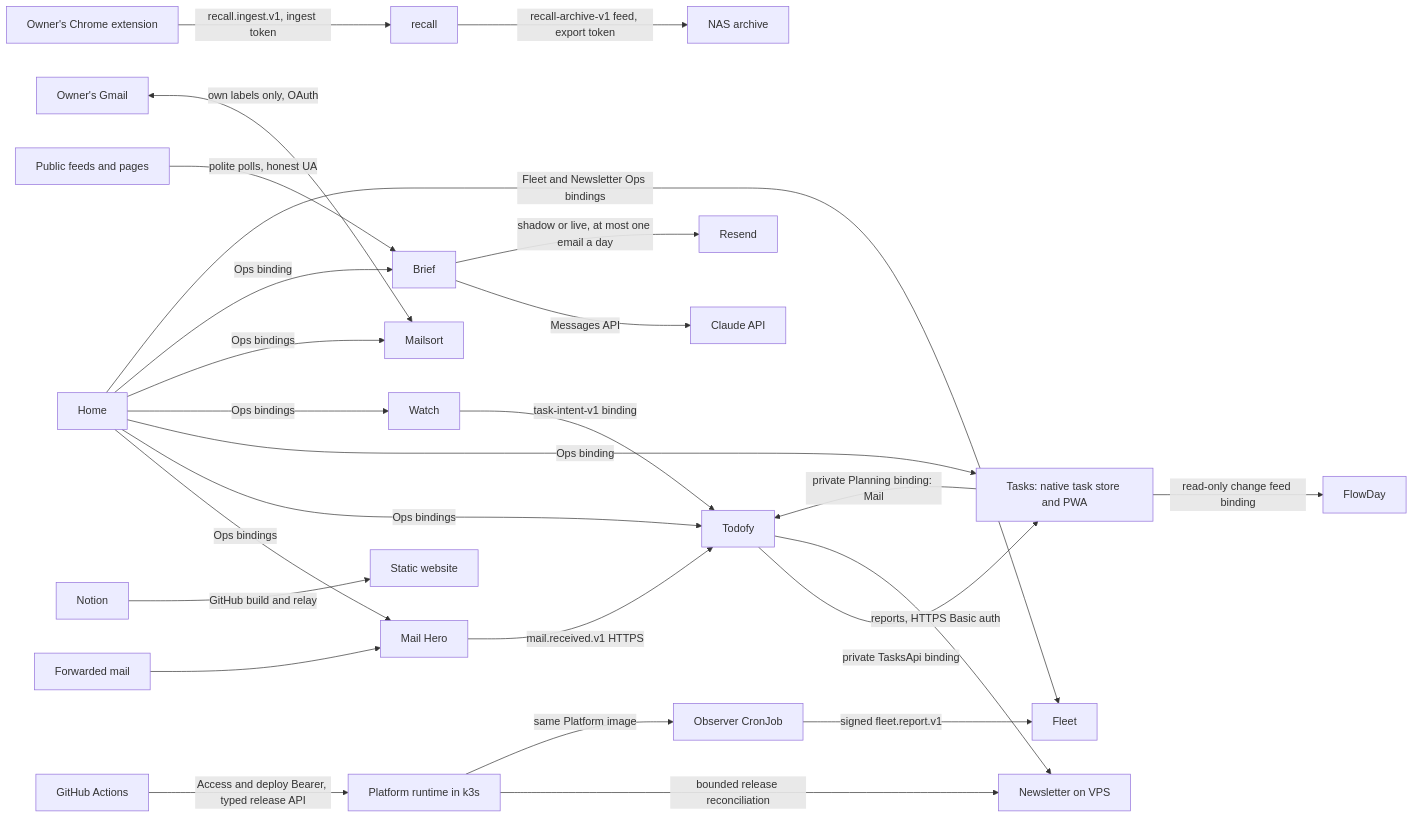
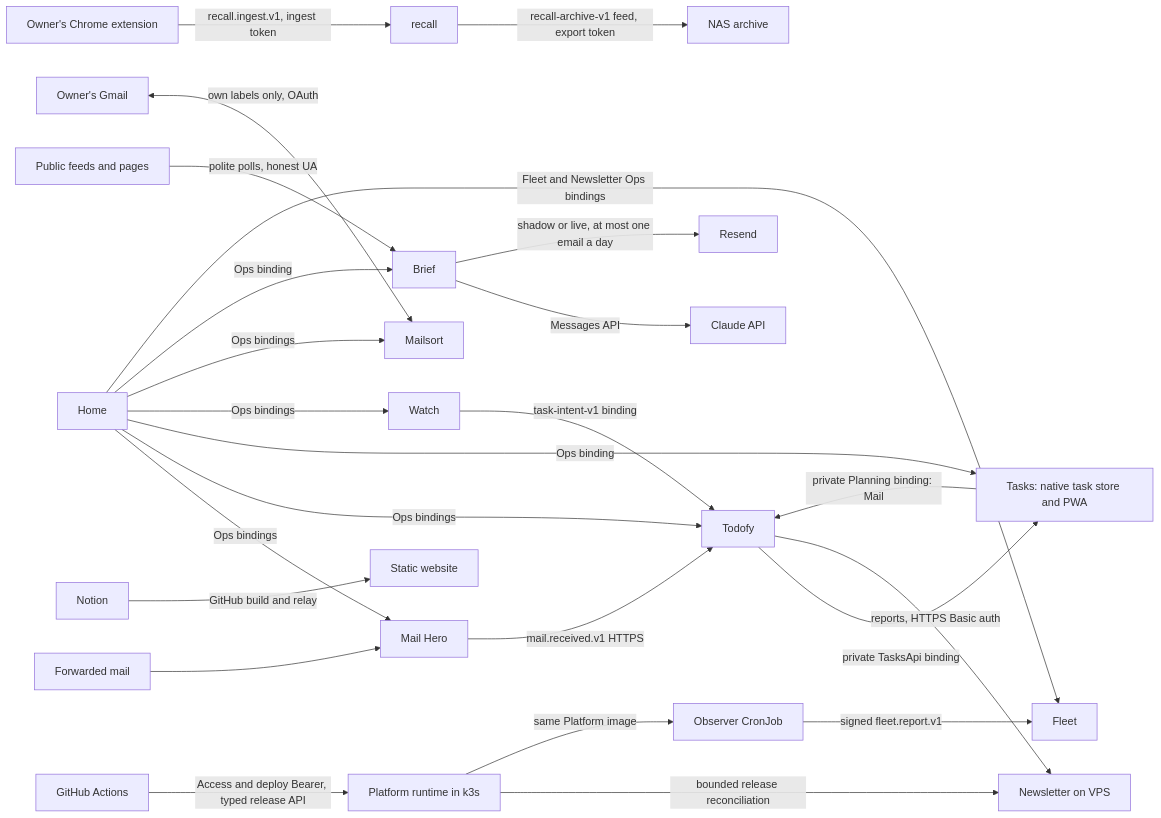
One commit to ziyixi/todofy changed the diagram in docs/architecture.md. Above: the diagram before and after it, drawn with Mermaid. The commit also changed other lines of this file and 24 other files, not shown here.

First line of the commit message:
docs: describe the platform without FlowDay

````diff
--- a/docs/architecture.md
+++ b/docs/architecture.md
@@ -11,28 +11,27 @@
 ```mermaid
 flowchart LR
   Mail[Forwarded mail] --> MH[Mail Hero]
   MH -->|mail.received.v1 HTTPS| Todo[Todofy]
   Watch[Watch] -->|task-intent-v1 binding| Todo
   Todo -->|private TasksApi binding| Tasks[Tasks: native task store and PWA]
   Todo -->|reports, HTTPS Basic auth| News[Newsletter on VPS]
-  Tasks -->|read-only change feed binding| Flow[FlowDay]
   Tasks -->|private Planning binding: Mail| Todo
   Home[Home] -->|Ops bindings| MH
   Home -->|Ops bindings| Todo
   Home -->|Ops binding| Tasks
   Home -->|Ops bindings| Watch
   Gmail[Owner's Gmail] <-->|own labels only, OAuth| Sort[Mailsort]
   Home -->|Ops bindings| Sort
   Chrome[Owner's Chrome extension] -->|recall.ingest.v1, ingest token| Recall[recall]
   Recall -->|recall-archive-v1 feed, export token| NAS[NAS archive]
   Sources[Public feeds and pages] -->|polite polls, honest UA| Brief[Brief]
   Brief -->|Messages API| Claude[Claude API]
   Brief -->|shadow or live, at most one email a day| Resend[Resend]
   Home -->|Ops binding| Brief
   Home -->|Fleet and Newsletter Ops bindings| Fleet[Fleet]
   Observer[Observer CronJob] -->|signed fleet.report.v1| Fleet
   Actions[GitHub Actions] -->|Access and deploy Bearer, typed release API| Runtime[Platform runtime in k3s]
   Runtime -->|bounded release reconciliation| News
   Runtime -->|same Platform image| Observer
   Notion[Notion] -->|GitHub build and relay| Site[Static website]
 ```
````
